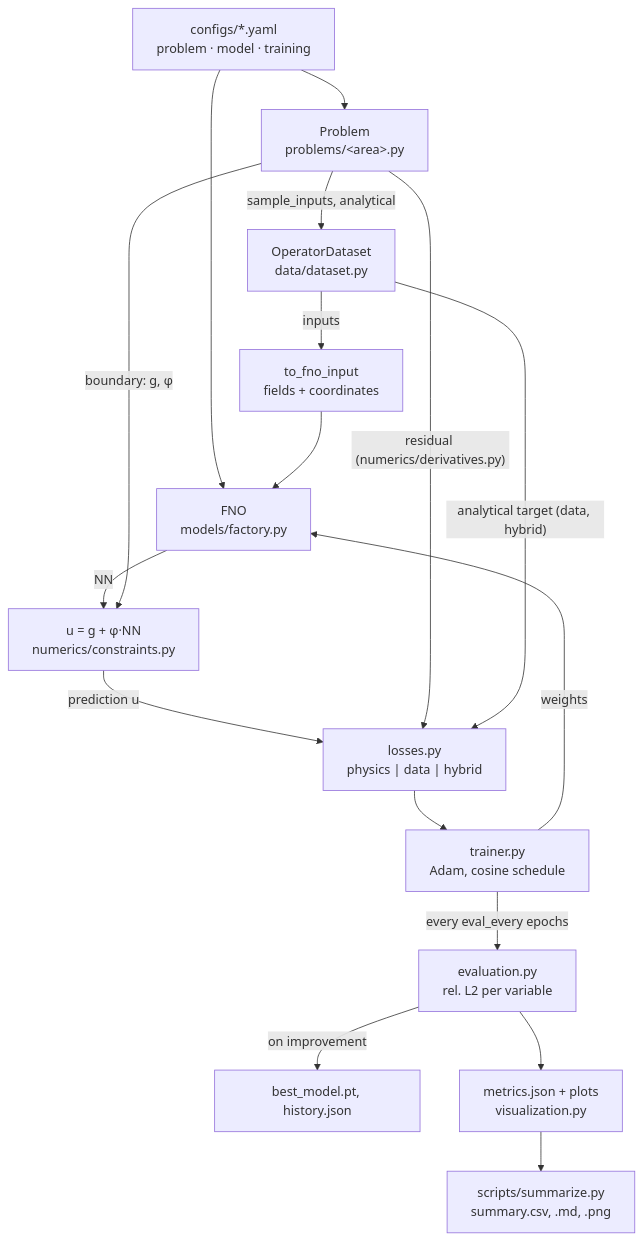
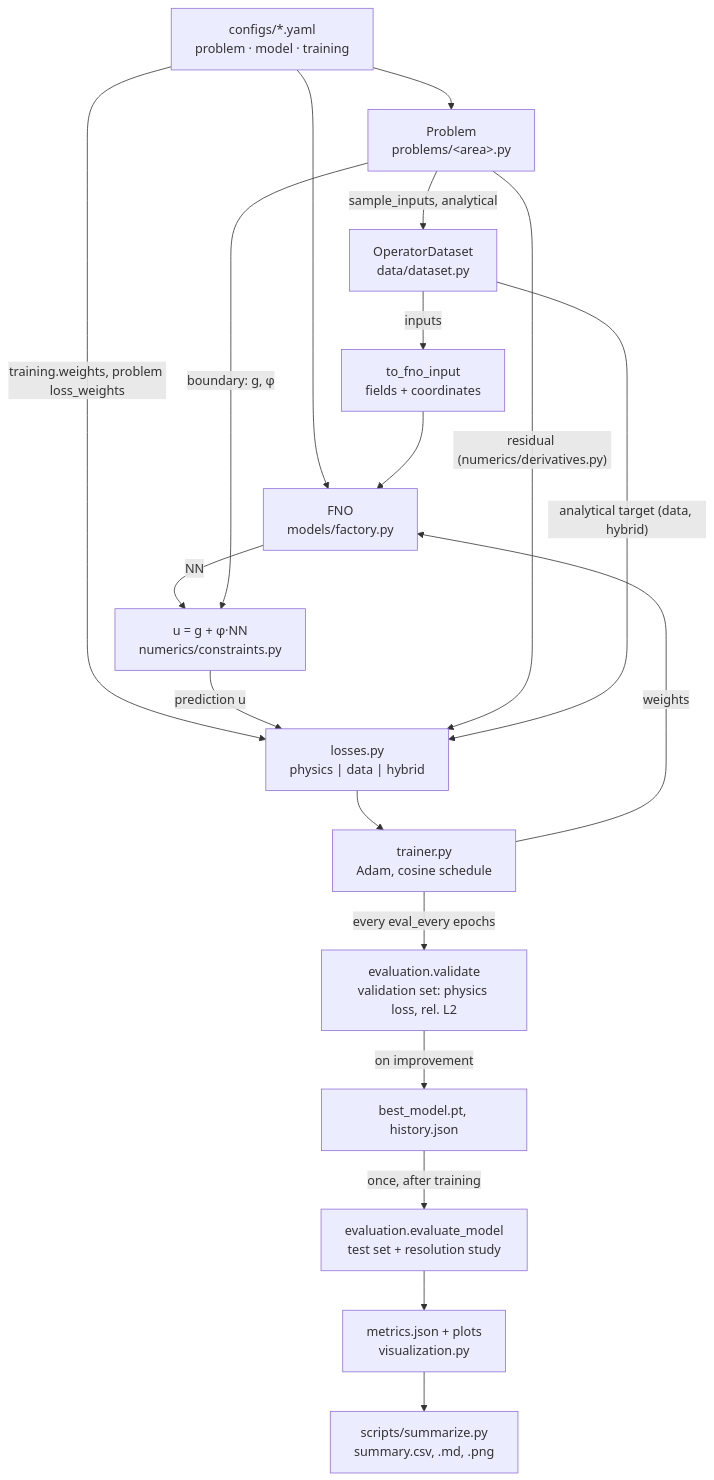
Before and after one commit to 7Solomon/PINOBench: the diagram in README.md, drawn with Mermaid. The commit also changed other lines of this file and 10 other files, not shown here.

````diff
--- a/README.md
+++ b/README.md
@@ -89,22 +134,24 @@
 ```mermaid
 flowchart TD
     cfg["configs/*.yaml<br/>problem · model · training"] --> problem["Problem<br/>problems/&lt;area&gt;.py"]
     cfg --> model["FNO<br/>models/factory.py"]
+    cfg -- "training.weights, problem loss_weights" --> loss
 
     problem -- "sample_inputs, analytical" --> data["OperatorDataset<br/>data/dataset.py"]
     data -- "inputs" --> fnoin["to_fno_input<br/>fields + coordinates"]
     fnoin --> model
     model -- "NN" --> constraint["u = g + φ·NN<br/>numerics/constraints.py"]
     problem -- "boundary: g, φ" --> constraint
 
     constraint -- "prediction u" --> loss["losses.py<br/>physics | data | hybrid"]
     problem -- "residual (numerics/derivatives.py)" --> loss
     data -- "analytical target (data, hybrid)" --> loss
     loss --> trainer["trainer.py<br/>Adam, cosine schedule"]
     trainer -- "weights" --> model
 
-    trainer -- "every eval_every epochs" --> eval["evaluation.py<br/>rel. L2 per variable"]
-    eval -- "on improvement" --> ckpt["best_model.pt, history.json"]
+    trainer -- "every eval_every epochs" --> val["evaluation.validate<br/>validation set: physics loss, rel. L2"]
+    val -- "on improvement" --> ckpt["best_model.pt, history.json"]
+    ckpt -- "once, after training" --> eval["evaluation.evaluate_model<br/>test set + resolution study"]
     eval --> out["metrics.json + plots<br/>visualization.py"]
     out --> summary["scripts/summarize.py<br/>summary.csv, .md, .png"]
 ```
````
